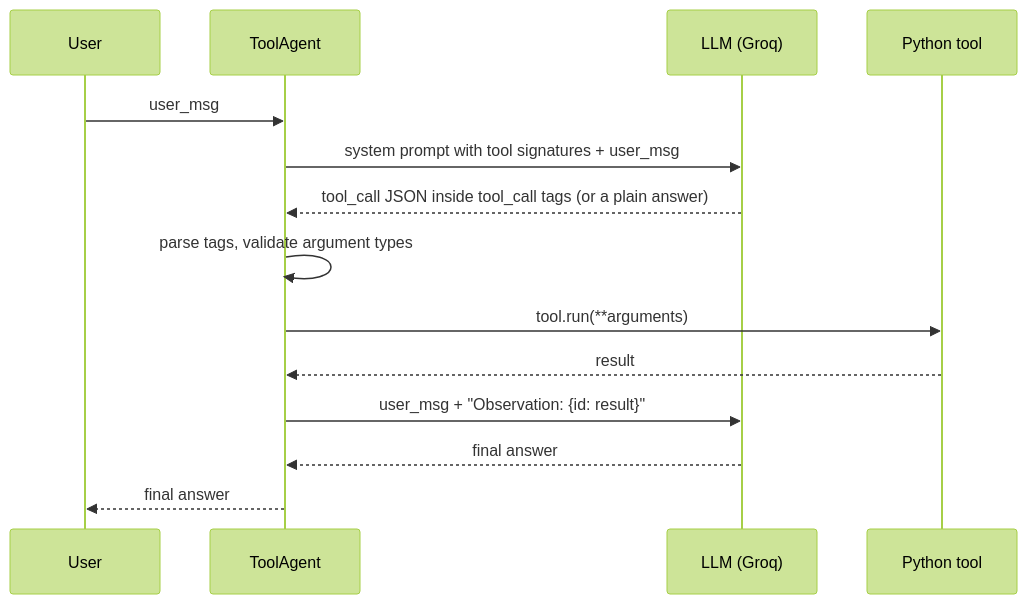
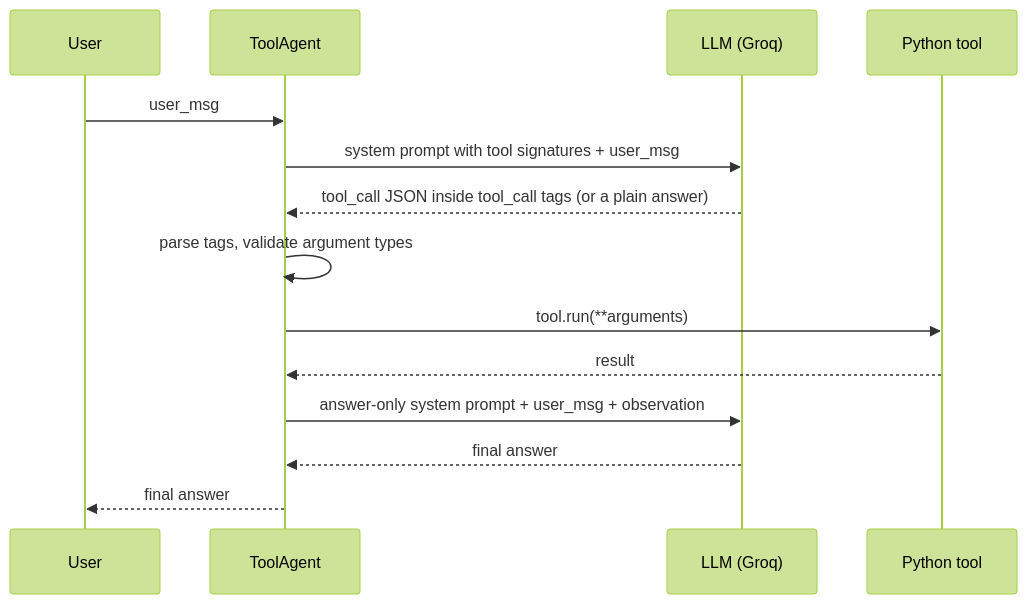
Before and after one commit to VinayakMokashi/agentic-patterns-from-scratch: the first of 2 diagrams in README.md, drawn with Mermaid (forest theme). The commit also changed other lines of this file, not shown here.

````diff
--- a/README.md
+++ b/README.md
@@ -63,16 +65,16 @@
 ```mermaid
 sequenceDiagram
     participant U as User
     participant A as ToolAgent
     participant L as LLM (Groq)
     participant T as Python tool
     U->>A: user_msg
     A->>L: system prompt with tool signatures + user_msg
     L-->>A: tool_call JSON inside tool_call tags (or a plain answer)
     A->>A: parse tags, validate argument types
     A->>T: tool.run(**arguments)
     T-->>A: result
-    A->>L: user_msg + "Observation: {id: result}"
+    A->>L: answer-only system prompt + user_msg + observation
     L-->>A: final answer
     A-->>U: final answer
 ```
````
